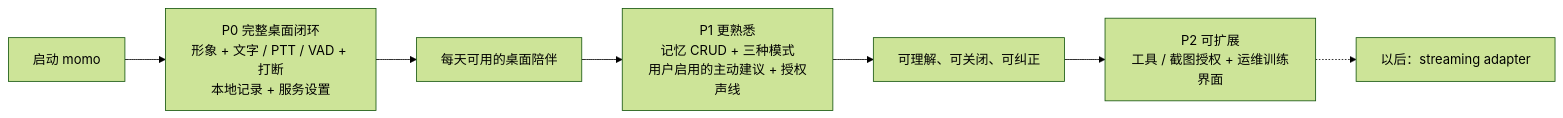
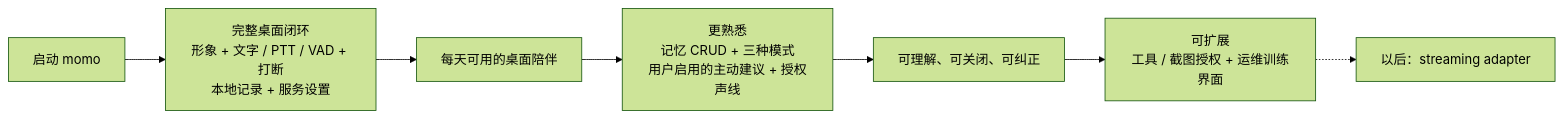
One commit to Momoyeyu/momo changed the diagram in docs/00-context/product.md. Above: the diagram before and after it, drawn with Mermaid (forest theme). The commit also changed other lines of this file and 38 other files, not shown here.

````diff
--- a/docs/00-context/product.md
+++ b/docs/00-context/product.md
@@ -25,9 +25,9 @@
 ```mermaid
 flowchart LR
-    START["启动 momo"] --> P0["P0 完整桌面闭环<br/>形象 + 文字 / PTT / VAD + 打断<br/>本地记录 + 服务设置"]
-    P0 --> USE["每天可用的桌面陪伴"]
-    USE --> P1["P1 更熟悉<br/>记忆 CRUD + 三种模式<br/>用户启用的主动建议 + 授权声线"]
-    P1 --> TRUST["可理解、可关闭、可纠正"]
-    TRUST --> P2["P2 可扩展<br/>工具 / 截图授权 + 运维训练界面"]
-    P2 -.-> LATER["以后：streaming adapter"]
+    START["启动 momo"] --> CORE["完整桌面闭环<br/>形象 + 文字 / PTT / VAD + 打断<br/>本地记录 + 服务设置"]
+    CORE --> USE["每天可用的桌面陪伴"]
+    USE --> FAMILIAR["更熟悉<br/>记忆 CRUD + 三种模式<br/>用户启用的主动建议 + 授权声线"]
+    FAMILIAR --> TRUST["可理解、可关闭、可纠正"]
+    TRUST --> EXTEND["可扩展<br/>工具 / 截图授权 + 运维训练界面"]
+    EXTEND -.-> LATER["以后：streaming adapter"]
 ```
````
